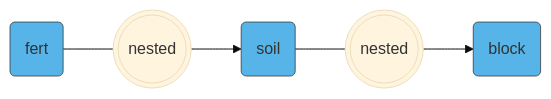
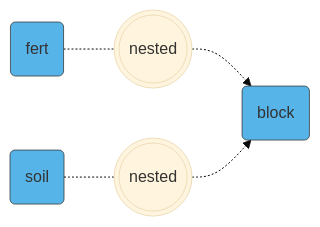
The fifth of 7 diagrams in experimental-design-advanced.qmd (jkruppa/jkruppa.github.io), drawn with Mermaid (base theme) before and after one commit. The commit also changed other lines of this file and 4 other files, not shown here.

````diff
--- a/experimental-design-advanced.qmd
+++ b/experimental-design-advanced.qmd
@@ -304,8 +610,9 @@
 ```{mermaid}
-%%| label: fig-mermaid-02
+%%| label: fig-mermaid-incomplete-1
 %%| fig-width: 6
 %%| fig-cap: "text"
 flowchart LR
-    A(fert):::factor --- B(((nested))) --> C(soil):::factor --- D(((nested))) --> E(block):::factor
+    A(fert):::factor -.- B(((nested))) -.-> E(block):::factor
+    C(soil):::factor -.- D(((nested))) -.-> E
     classDef factor fill:#56B4E9,stroke:#333,stroke-width:0.75px
 ```
````
